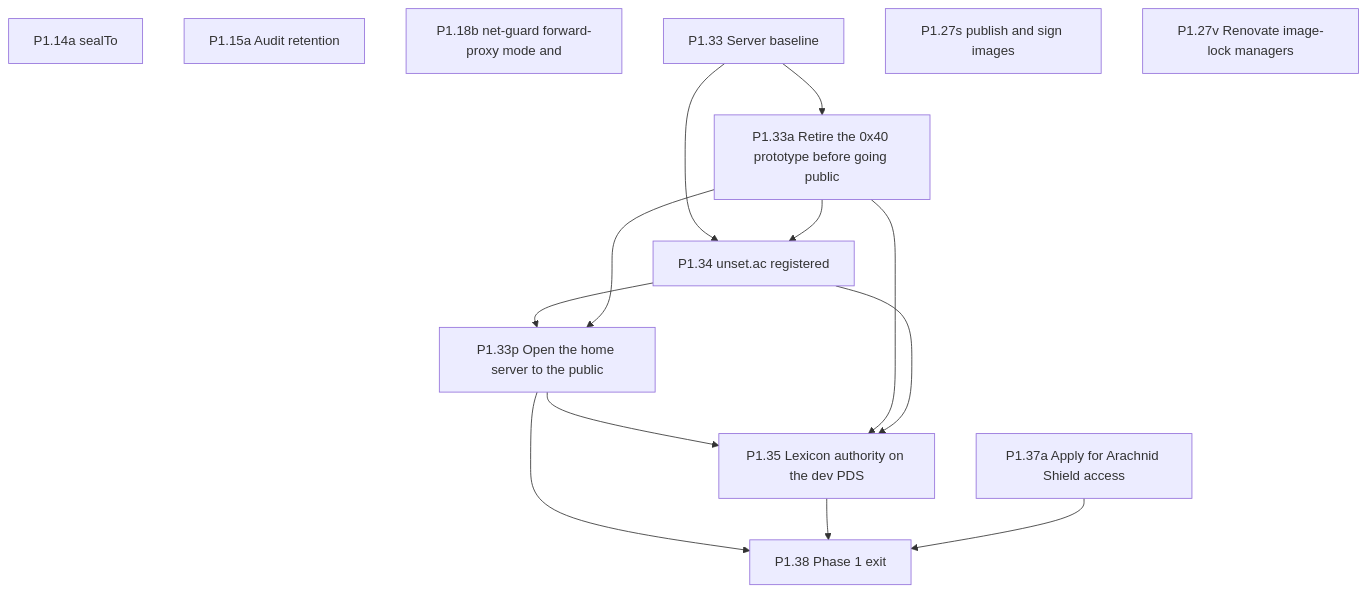
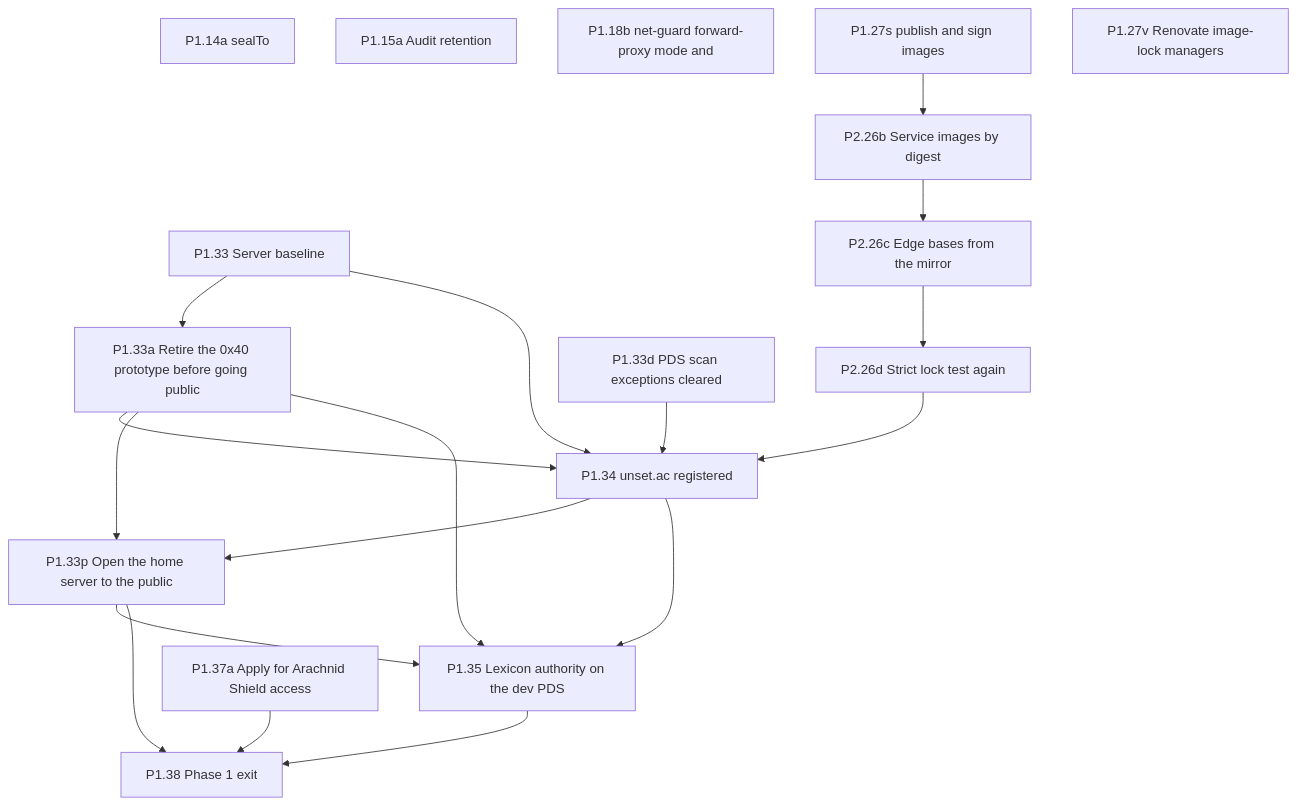
One commit to Undefined6799/unset changed the fourth of 11 diagrams in docs/ai/book/01-outline.md. Above: the diagram before and after it, drawn with Mermaid. The commit also changed other lines of this file and 2 other files, not shown here.

````diff
--- a/docs/ai/book/01-outline.md
+++ b/docs/ai/book/01-outline.md
@@ -1187,26 +1200,35 @@
 ```mermaid
 flowchart TD
   P1_14a["P1.14a sealTo"]
   P1_15a["P1.15a Audit retention"]
   P1_18b["P1.18b net-guard forward-proxy mode and"]
   P1_33["P1.33 Server baseline"]
   P1_33a["P1.33a Retire the 0x40 prototype before going public"]
   P1_33p["P1.33p Open the home server to the public"]
+  P2_26b["P2.26b Service images by digest"]
+  P2_26c["P2.26c Edge bases from the mirror"]
+  P2_26d["P2.26d Strict lock test again"]
+  P1_33d["P1.33d PDS scan exceptions cleared"]
   P1_34["P1.34 unset.ac registered"]
   P1_35["P1.35 Lexicon authority on the dev PDS"]
   P1_27s["P1.27s publish and sign images"]
   P1_27v["P1.27v Renovate image-lock managers"]
   P1_37a["P1.37a Apply for Arachnid Shield access"]
   P1_38["P1.38 Phase 1 exit"]
   P1_33 --> P1_33a
   P1_33 --> P1_34
   P1_33a --> P1_34
+  P1_33d --> P1_34
+  P1_27s --> P2_26b
+  P2_26b --> P2_26c
+  P2_26c --> P2_26d
+  P2_26d --> P1_34
   P1_34 --> P1_33p
   P1_33a --> P1_33p
   P1_33p --> P1_35
   P1_33a --> P1_35
   P1_33p --> P1_38
   P1_34 --> P1_35
   P1_35 --> P1_38
   P1_37a --> P1_38
 ```
````
